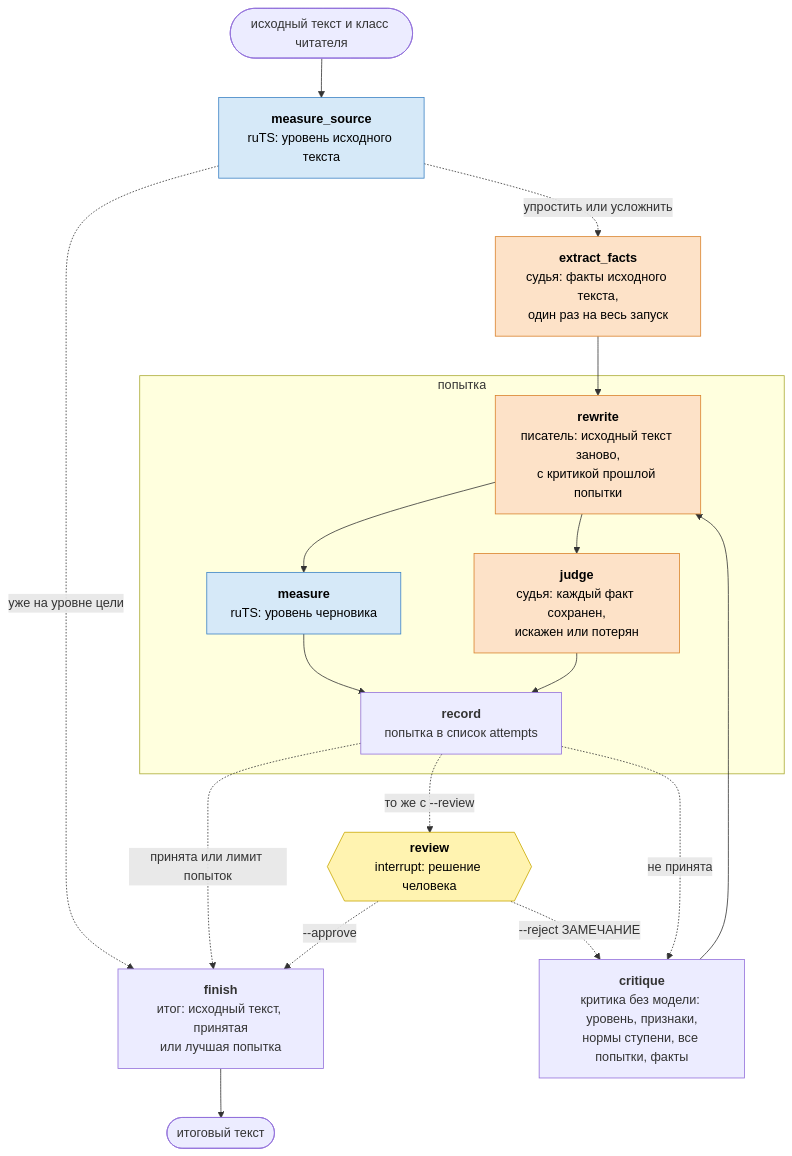
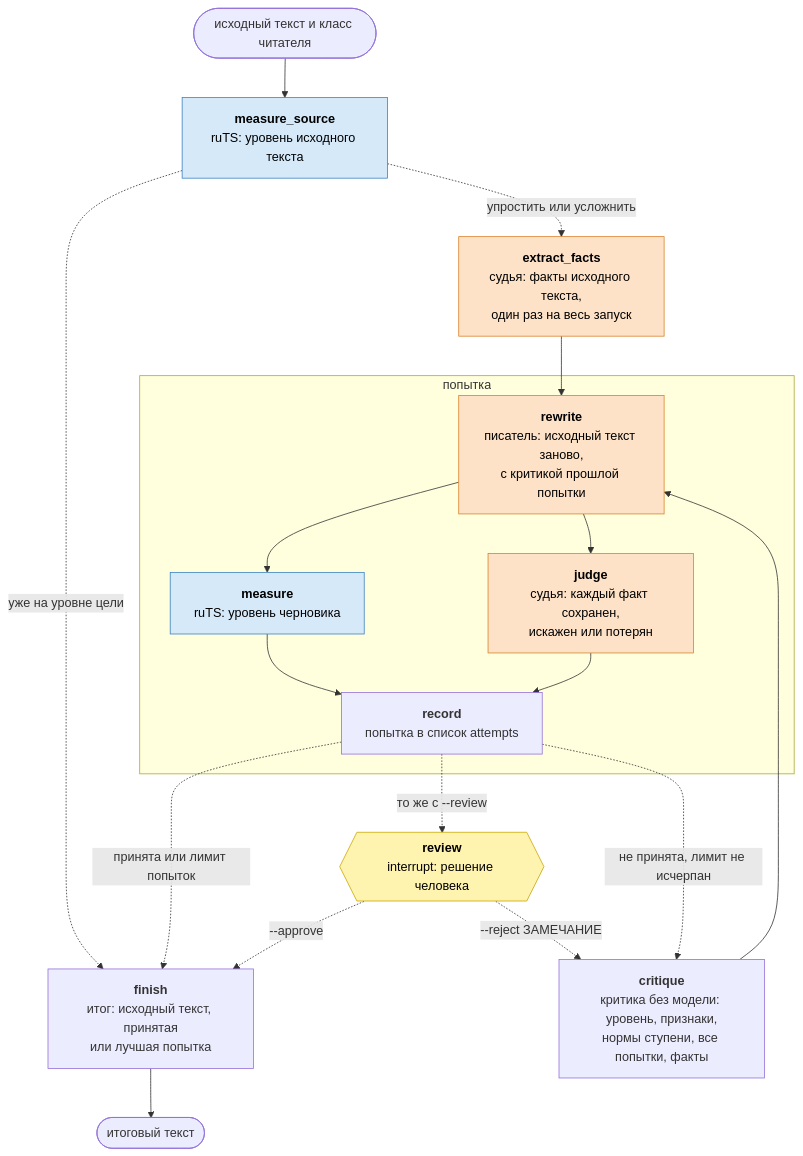
One commit to SergeyShk/ruTS-adapt changed the diagram in README.md. Above: the diagram before and after it, drawn with Mermaid. The commit also changed other lines of this file and 2 other files, not shown here.

First line of the commit message:
Уточнить README по ревью и сделать тест схемы строгим

````diff
--- a/README.md
+++ b/README.md
@@ -135,38 +137,38 @@
 ```mermaid
 flowchart TD
     start(["исходный текст и класс читателя"]) --> measure_source
     measure_source["<b>measure_source</b><br/>ruTS: уровень исходного текста"]
     measure_source -.->|"уже на уровне цели"| finish
     measure_source -.->|"упростить или усложнить"| extract_facts
     extract_facts["<b>extract_facts</b><br/>судья: факты исходного текста,<br/>один раз на весь запуск"]
     extract_facts --> rewrite
 
     subgraph attempt ["попытка"]
         rewrite["<b>rewrite</b><br/>писатель: исходный текст заново,<br/>с критикой прошлой попытки"]
         rewrite --> measure["<b>measure</b><br/>ruTS: уровень черновика"]
         rewrite --> judge["<b>judge</b><br/>судья: каждый факт сохранен,<br/>искажен или потерян"]
         measure --> record
         judge --> record
         record["<b>record</b><br/>попытка в список attempts"]
     end
 
     record -.->|"принята или лимит попыток"| finish
     record -.->|"то же с --review"| review
-    record -.->|"не принята"| critique
+    record -.->|"не принята, лимит не исчерпан"| critique
     critique["<b>critique</b><br/>критика без модели: уровень, признаки,<br/>нормы ступени, все попытки, факты"]
     critique --> rewrite
 
     review{{"<b>review</b><br/>interrupt: решение человека"}}
     review -.->|"--approve"| finish
     review -.->|"--reject ЗАМЕЧАНИЕ"| critique
 
     finish["<b>finish</b><br/>итог: исходный текст, принятая<br/>или лучшая попытка"]
     finish --> done(["итоговый текст"])
 
     classDef model fill:#fde2c8,stroke:#d9822b,color:#000
     classDef ruts fill:#d6e9f8,stroke:#3b82c4,color:#000
     classDef human fill:#fff3b0,stroke:#c9a800,color:#000
     class extract_facts,rewrite,judge model
     class measure_source,measure ruts
     class review human
 ```
````
